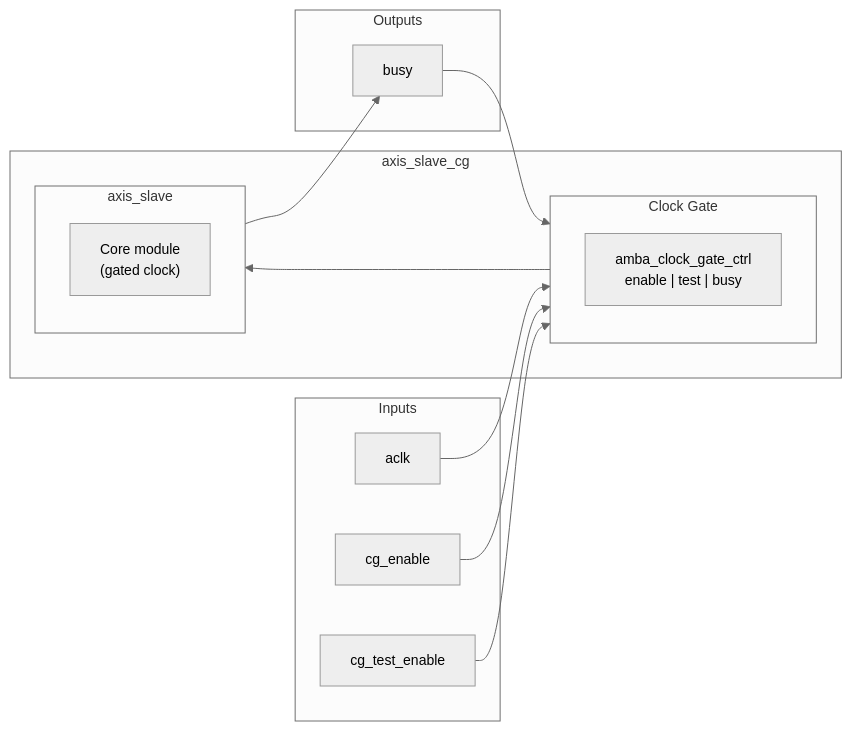
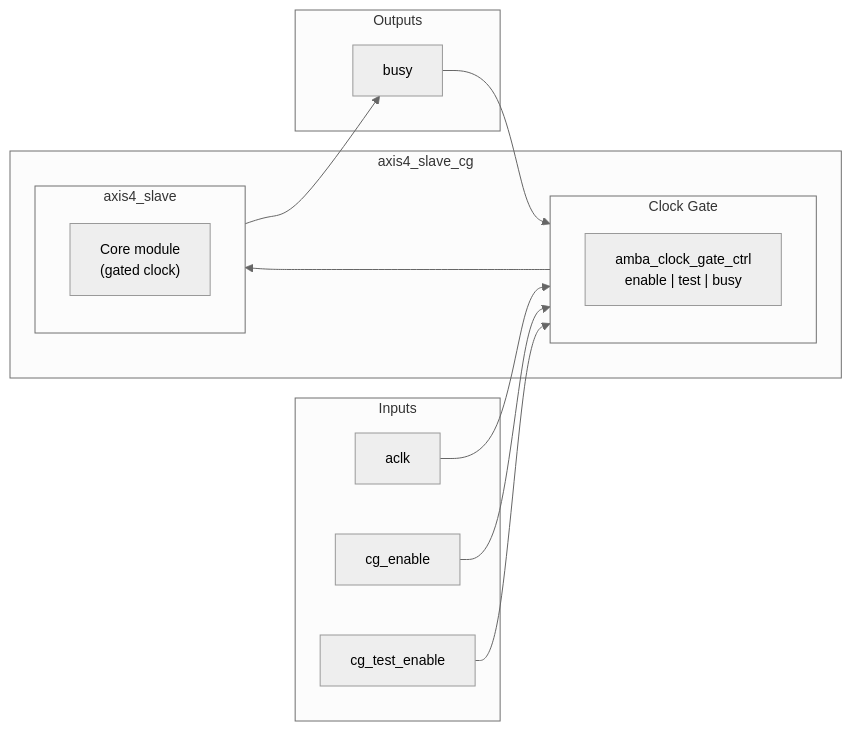
Before and after one commit to sean-galloway/RTLDesignSherpa: the diagram in docs/markdown/assets/rtl-amba/axis_slave_cg.mmd, drawn with Mermaid. The commit also changed 47 other files, not shown here.

```diff
--- a/docs/markdown/assets/rtl-amba/axis_slave_cg.mmd
+++ b/docs/markdown/assets/rtl-amba/axis_slave_cg.mmd
@@ -1,28 +1,28 @@
 %%{init: {'theme': 'neutral', 'themeVariables': { 'fontSize': '14px'}}}%%
 flowchart LR
     subgraph Inputs
         CLK[aclk]
         CG_EN[cg_enable]
         CG_TEST[cg_test_enable]
     end
 
-    subgraph axis_slave_cg["axis_slave_cg"]
+    subgraph axis4_slave_cg["axis4_slave_cg"]
         subgraph ICG["Clock Gate"]
             GATE["amba_clock_gate_ctrl\nenable | test | busy"]
         end
 
-        subgraph Core["axis_slave"]
+        subgraph Core["axis4_slave"]
             CORE["Core module\n(gated clock)"]
         end
     end
 
     subgraph Outputs
         BUSY[busy]
     end
 
     CLK --> ICG
     CG_EN --> ICG
     CG_TEST --> ICG
     ICG --> Core
     Core --> BUSY
     BUSY --> ICG
```
